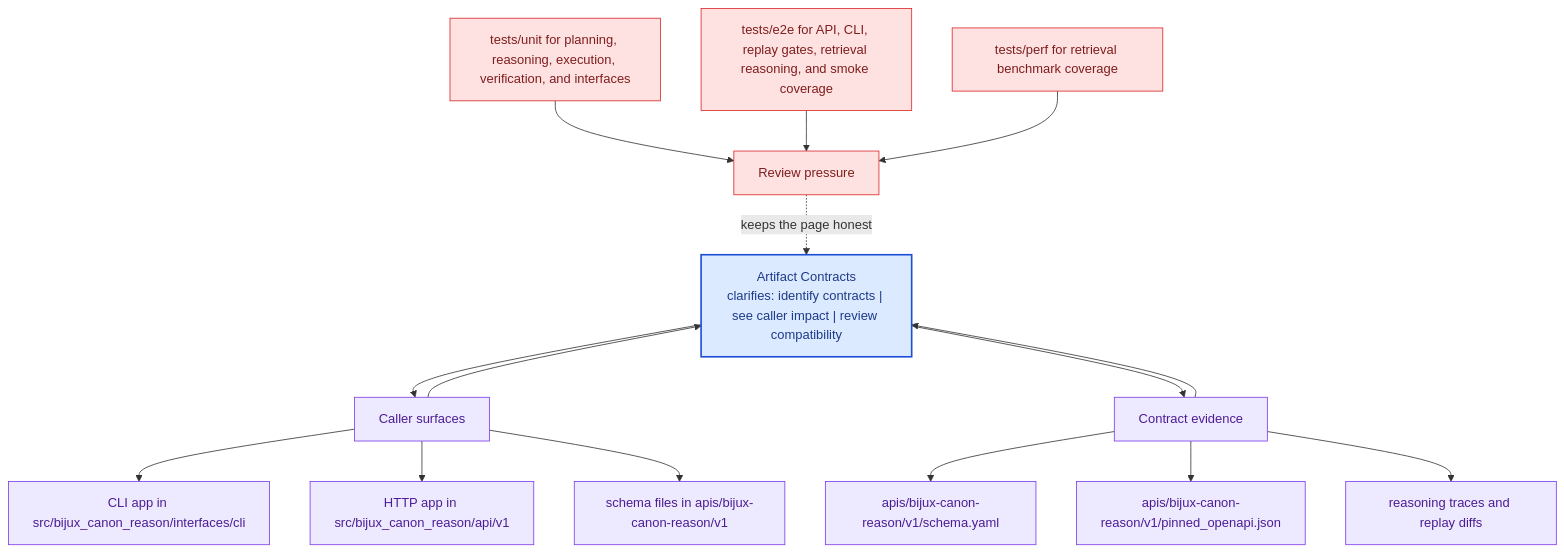
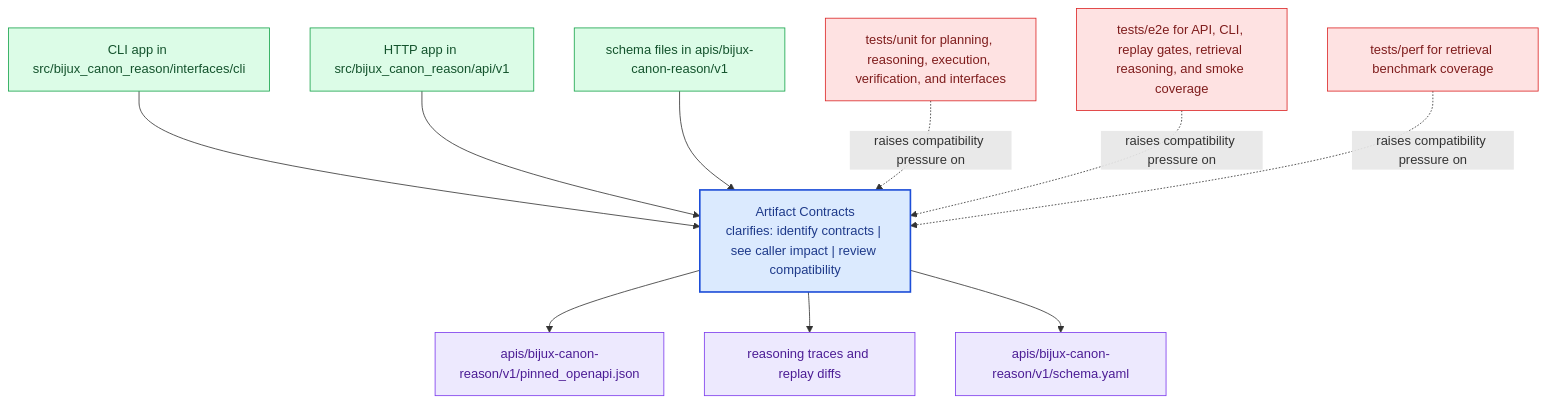
The diagram in docs/bijux-canon-reason/interfaces/artifact-contracts.md (bijux/bijux-canon), drawn with Mermaid before and after one commit. The commit also changed other lines of this file and 281 other files, not shown here.

Commit message:
docs(diagrams): replace repeated mermaid scaffolds with page-specific summaries

````diff
--- a/docs/bijux-canon-reason/interfaces/artifact-contracts.md
+++ b/docs/bijux-canon-reason/interfaces/artifact-contracts.md
@@ -68,41 +23,31 @@
 ```mermaid
 flowchart TB
-    promise["Artifact Contracts<br/>clarifies: identify contracts | see caller impact | review compatibility"]
-    classDef promise fill:#dbeafe,stroke:#1d4ed8,color:#1e3a8a,stroke-width:2px;
-    classDef driver fill:#dcfce7,stroke:#16a34a,color:#14532d;
-    classDef constraint fill:#fee2e2,stroke:#dc2626,color:#7f1d1d;
-    classDef ground fill:#ede9fe,stroke:#7c3aed,color:#4c1d95;
-    focus1["Caller surfaces"]
-    focus1 --> promise
-    promise --> focus1
-    focus1_1["CLI app in src/bijux_canon_reason/interfaces/cli"]
-    focus1 --> focus1_1
-    focus1_2["HTTP app in src/bijux_canon_reason/api/v1"]
-    focus1 --> focus1_2
-    focus1_3["schema files in apis/bijux-canon-reason/v1"]
-    focus1 --> focus1_3
-    class focus1 ground;
-    class focus1_1,focus1_2,focus1_3 ground;
-    focus2["Contract evidence"]
-    focus2 --> promise
-    promise --> focus2
-    focus2_1["apis/bijux-canon-reason/v1/schema.yaml"]
-    focus2 --> focus2_1
-    focus2_2["apis/bijux-canon-reason/v1/pinned_openapi.json"]
-    focus2 --> focus2_2
-    focus2_3["reasoning traces and replay diffs"]
-    focus2 --> focus2_3
-    class focus2 ground;
-    class focus2_1,focus2_2,focus2_3 ground;
-    focus3["Review pressure"]
-    focus3 -.keeps the page honest.-> promise
-    focus3_1["tests/unit for planning, reasoning, execution, verification, and interfaces"]
-    focus3_1 --> focus3
-    focus3_2["tests/e2e for API, CLI, replay gates, retrieval reasoning, and smoke coverage"]
-    focus3_2 --> focus3
-    focus3_3["tests/perf for retrieval benchmark coverage"]
-    focus3_3 --> focus3
-    class focus3 constraint;
-    class focus3_1,focus3_2,focus3_3 constraint;
-    class promise promise;
+    page["Artifact Contracts<br/>clarifies: identify contracts | see caller impact | review compatibility"]
+    classDef page fill:#dbeafe,stroke:#1d4ed8,color:#1e3a8a,stroke-width:2px;
+    classDef positive fill:#dcfce7,stroke:#16a34a,color:#14532d;
+    classDef caution fill:#fee2e2,stroke:#dc2626,color:#7f1d1d;
+    classDef anchor fill:#ede9fe,stroke:#7c3aed,color:#4c1d95;
+    classDef action fill:#fef3c7,stroke:#d97706,color:#7c2d12;
+    surface1["CLI app in src/bijux_canon_reason/interfaces/cli"]
+    surface1 --> page
+    surface2["HTTP app in src/bijux_canon_reason/api/v1"]
+    surface2 --> page
+    surface3["schema files in apis/bijux-canon-reason/v1"]
+    surface3 --> page
+    proof1["apis/bijux-canon-reason/v1/pinned_openapi.json"]
+    page --> proof1
+    proof2["reasoning traces and replay diffs"]
+    page --> proof2
+    proof3["apis/bijux-canon-reason/v1/schema.yaml"]
+    page --> proof3
+    review1["tests/unit for planning, reasoning, execution, verification, and interfaces"]
+    review1 -.raises compatibility pressure on.-> page
+    review2["tests/e2e for API, CLI, replay gates, retrieval reasoning, and smoke coverage"]
+    review2 -.raises compatibility pressure on.-> page
+    review3["tests/perf for retrieval benchmark coverage"]
+    review3 -.raises compatibility pressure on.-> page
+    class page page;
+    class surface1,surface2,surface3 positive;
+    class proof1,proof2,proof3 anchor;
+    class review1,review2,review3 caution;
 ```
````
